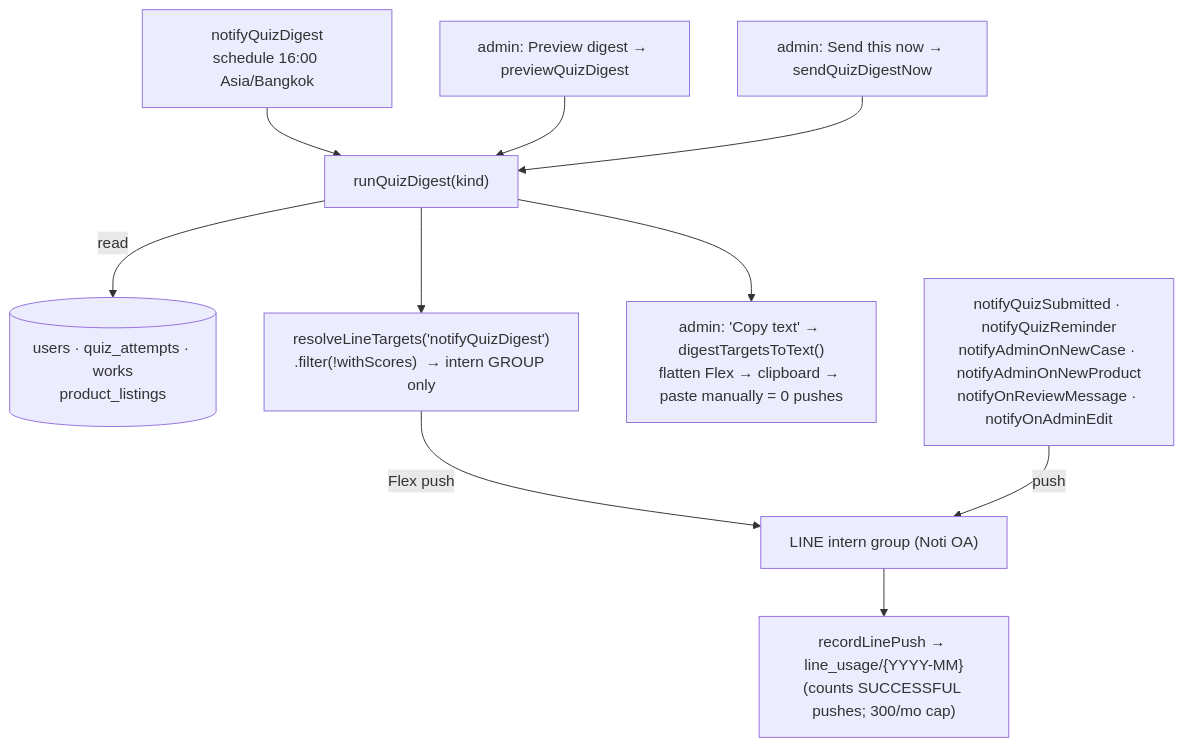
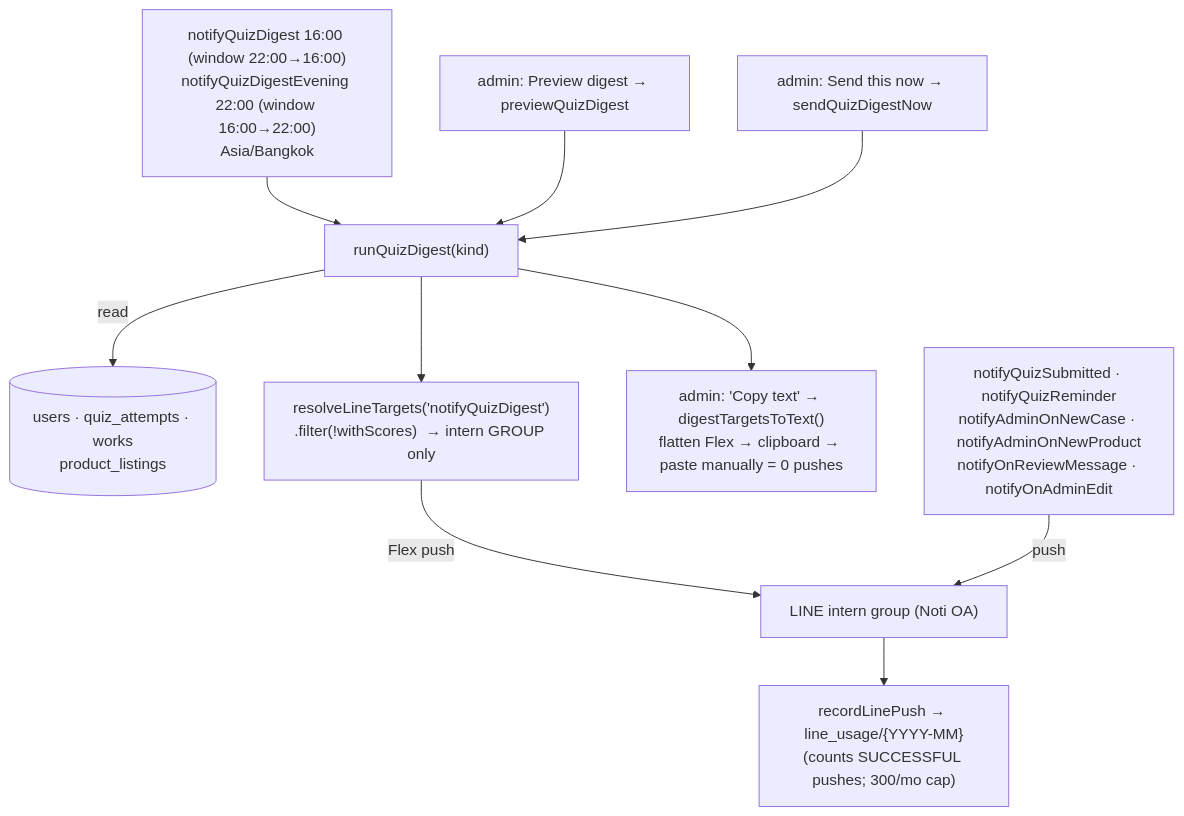
One commit to mlpditto/INTERN-PORT changed the fifth of 6 diagrams in docs/ARCHITECTURE.md. Above: the diagram before and after it, drawn with Mermaid. The commit also changed other lines of this file and 2 other files, not shown here.

Commit message:
functions: quiz digest second round at 22:00 (16:00 covers 22:00→16:00, 22:00 covers 16:00→22:00)
runQuizDigest takes options.windowHours (default 24) and an optional
windowLabel shown after the date in the bubble header. The 16:00 schedule
now looks back 18h and a new notifyQuizDigestEvening schedule at 22:00
Asia/Bangkok looks back 6h, so the two rounds tile the day and a
submission is reported exactly once. Manual send and preview keep the
full 24h. Same tag, so the line_usage counter and the digest_runs marker
are unchanged; the quiet-day guard still skips a round with no
submissions, so the evening round only costs a push on evenings with
activity (group-only since V98.09).

Deploy after merge: firebase deploy --only functions:notifyQuizDigest,functions:notifyQuizDigestEvening

````diff
--- a/docs/ARCHITECTURE.md
+++ b/docs/ARCHITECTURE.md
@@ -213,14 +213,14 @@
 ```mermaid
 flowchart TB
-    cron["notifyQuizDigest<br/>schedule 16:00 Asia/Bangkok"] --> run
+    cron["notifyQuizDigest 16:00 (window 22:00→16:00)<br/>notifyQuizDigestEvening 22:00 (window 16:00→22:00)<br/>Asia/Bangkok"] --> run
     manualP["admin: Preview digest → previewQuizDigest"] --> run
     manualS["admin: Send this now → sendQuizDigestNow"] --> run
     run["runQuizDigest(kind)"]
     run -->|read| src[("users · quiz_attempts · works<br/>product_listings")]
     run --> targets["resolveLineTargets('notifyQuizDigest')<br/>.filter(!withScores)  → intern GROUP only"]
     targets -->|Flex push| grp["LINE intern group (Noti OA)"]
     grp --> rec["recordLinePush → line_usage/{YYYY-MM}<br/>(counts SUCCESSFUL pushes; 300/mo cap)"]
     run --> copy["admin: 'Copy text' → digestTargetsToText()<br/>flatten Flex → clipboard → paste manually = 0 pushes"]
 
     other["notifyQuizSubmitted · notifyQuizReminder<br/>notifyAdminOnNewCase · notifyAdminOnNewProduct<br/>notifyOnReviewMessage · notifyOnAdminEdit"] -->|push| grp
 ```
````
